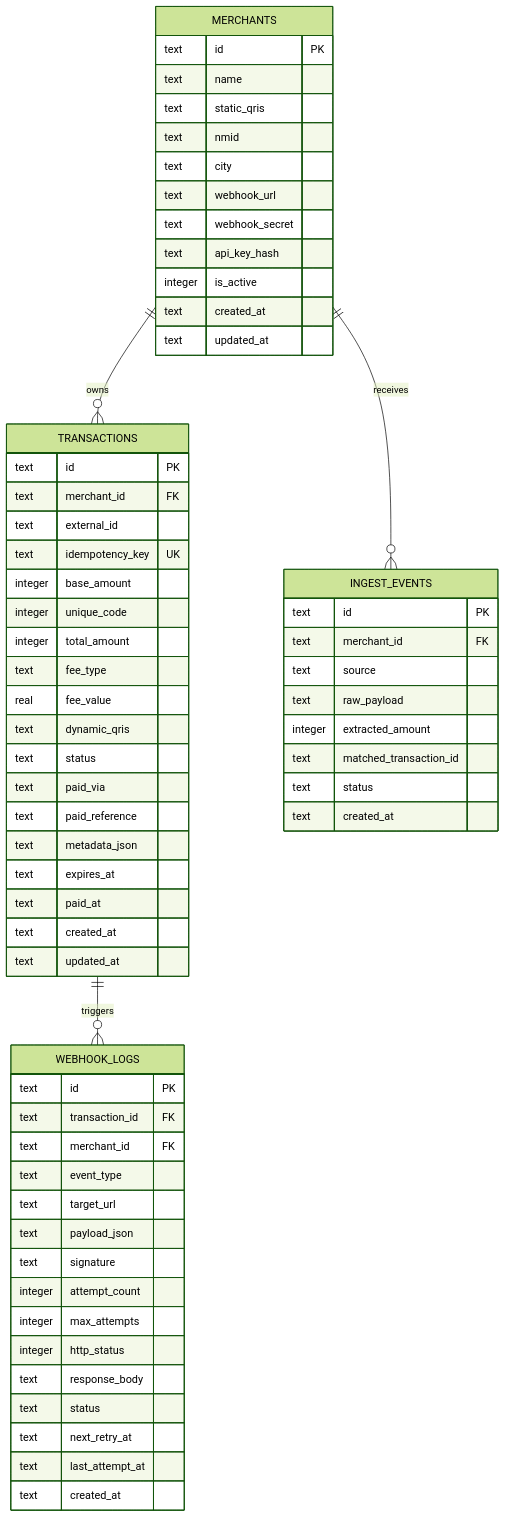
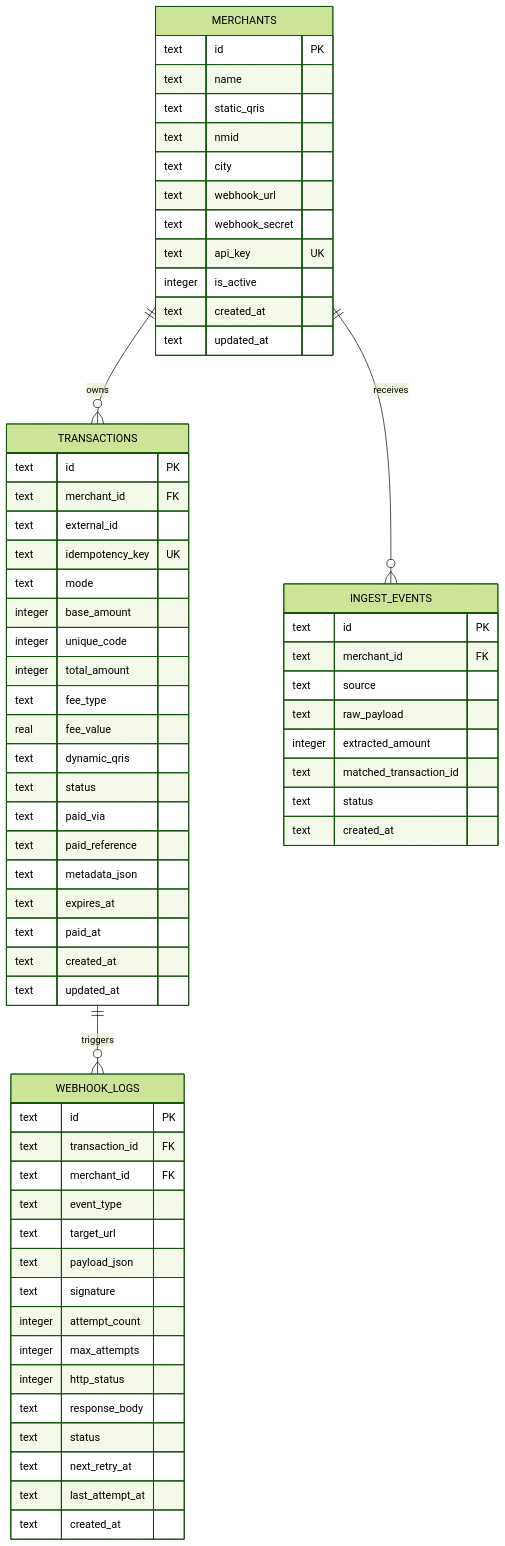
One commit to roedyrustam/qris-dinamis changed the diagram in ERD.md. Above: the diagram before and after it, drawn with Mermaid (forest theme). The commit also changed other lines of this file and 6 other files, not shown here.

Commit message:
docs: synchronize all documentation (README, DOCUMENTATION, ERD, PRD, SECURITY, package READMEs) for v2.0.0

````diff
--- a/ERD.md
+++ b/ERD.md
@@ -5,70 +5,71 @@
 ```mermaid
 erDiagram
     MERCHANTS ||--o{ TRANSACTIONS : "owns"
     TRANSACTIONS ||--o{ WEBHOOK_LOGS : "triggers"
     MERCHANTS ||--o{ INGEST_EVENTS : "receives"
 
     MERCHANTS {
         text id PK
         text name
         text static_qris
         text nmid
         text city
         text webhook_url
         text webhook_secret
-        text api_key_hash
+        text api_key UK
         integer is_active
         text created_at
         text updated_at
     }
 
     TRANSACTIONS {
         text id PK
         text merchant_id FK
         text external_id
         text idempotency_key UK
+        text mode
         integer base_amount
         integer unique_code
         integer total_amount
         text fee_type
         real fee_value
         text dynamic_qris
         text status
         text paid_via
         text paid_reference
         text metadata_json
         text expires_at
         text paid_at
         text created_at
         text updated_at
     }
 
     WEBHOOK_LOGS {
         text id PK
         text transaction_id FK
         text merchant_id FK
         text event_type
         text target_url
         text payload_json
         text signature
         integer attempt_count
         integer max_attempts
         integer http_status
         text response_body
         text status
         text next_retry_at
         text last_attempt_at
         text created_at
     }
 
     INGEST_EVENTS {
         text id PK
         text merchant_id FK
         text source
         text raw_payload
         integer extracted_amount
         text matched_transaction_id
         text status
         text created_at
     }
 ```
````
